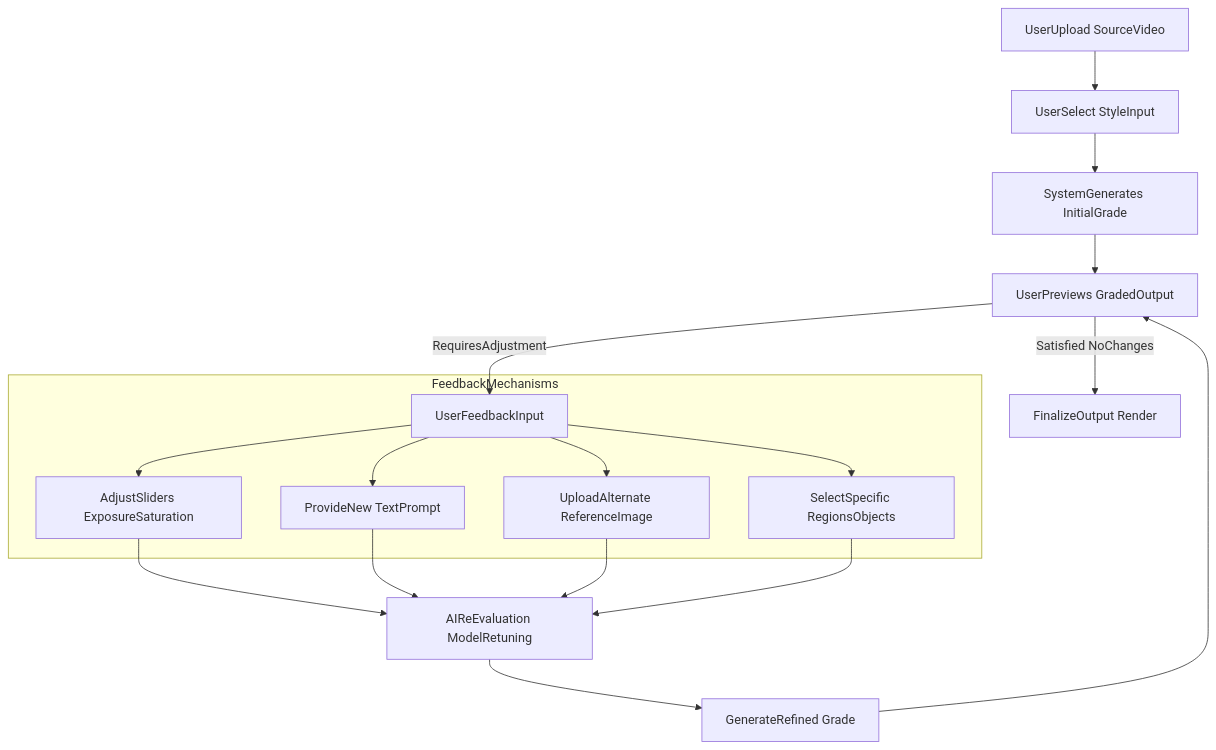
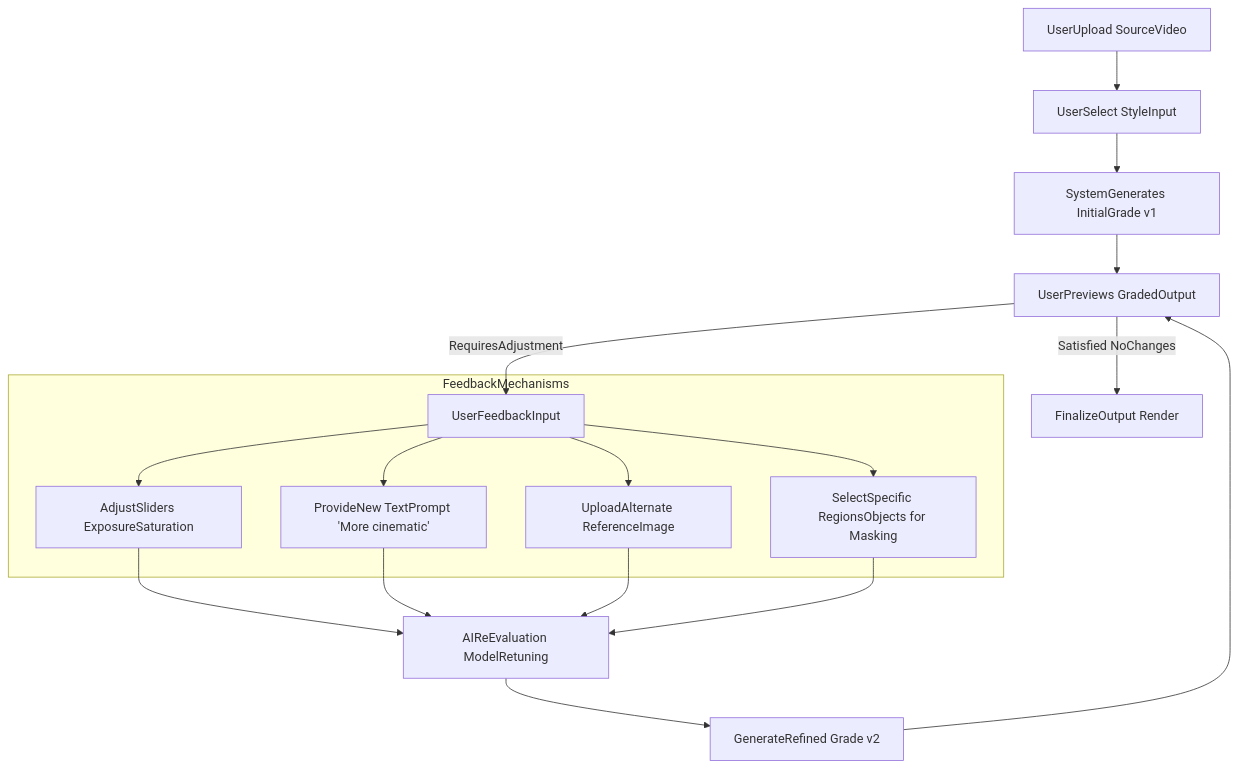
One commit to diplomat-bit/Citibank_Demo_Business_Inc_Demonstration- changed the fourth of 10 diagrams in inventions/121_ai_automated_film_color_grading.md. Above: the diagram before and after it, drawn with Mermaid. The commit also changed other lines of this file, not shown here.

````diff
--- a/inventions/121_ai_automated_film_color_grading.md
+++ b/inventions/121_ai_automated_film_color_grading.md
@@ -120,24 +144,24 @@
 ```mermaid
 graph TD
     A[UserUpload SourceVideo] --> B[UserSelect StyleInput]
-    B --> C[SystemGenerates InitialGrade]
+    B --> C[SystemGenerates InitialGrade v1]
     C --> D[UserPreviews GradedOutput]
 
     D -- "Satisfied NoChanges" --> E[FinalizeOutput Render]
     D -- "RequiresAdjustment" --> F[UserFeedbackInput]
 
     subgraph FeedbackMechanisms
         F --> G[AdjustSliders ExposureSaturation]
-        F --> H[ProvideNew TextPrompt]
+        F --> H[ProvideNew TextPrompt 'More cinematic']
         F --> I[UploadAlternate ReferenceImage]
-        F --> J[SelectSpecific RegionsObjects]
+        F --> J[SelectSpecific RegionsObjects for Masking]
     end
 
     G --> K[AIReEvaluation ModelRetuning]
     H --> K
     I --> K
     J --> K
 
-    K --> L[GenerateRefined Grade]
+    K --> L[GenerateRefined Grade v2]
     L --> D
 ```
````
